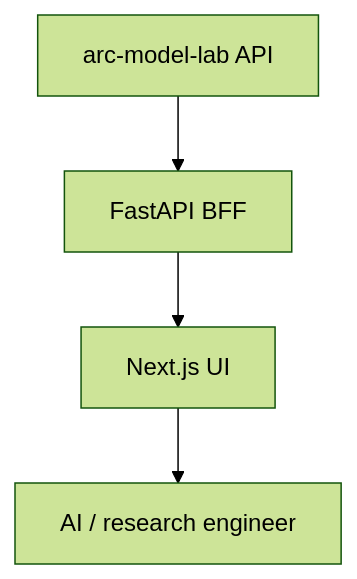
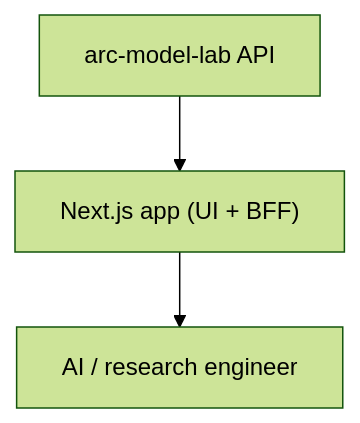
The diagram in docs/arc-platform.md (DimitarAtanassov/arc-platform), drawn with Mermaid (forest theme) before and after one commit. The commit also changed other lines of this file and 70 other files, not shown here.

````diff
--- a/docs/arc-platform.md
+++ b/docs/arc-platform.md
@@ -11,6 +12,5 @@
 ```mermaid
 flowchart TD
-    ML["arc-model-lab API"] --> BFF["FastAPI BFF"]
-    BFF --> UI["Next.js UI"]
-    UI --> ENG["AI / research engineer"]
+    ML["arc-model-lab API"] --> APP["Next.js app (UI + BFF)"]
+    APP --> ENG["AI / research engineer"]
 ```
````
